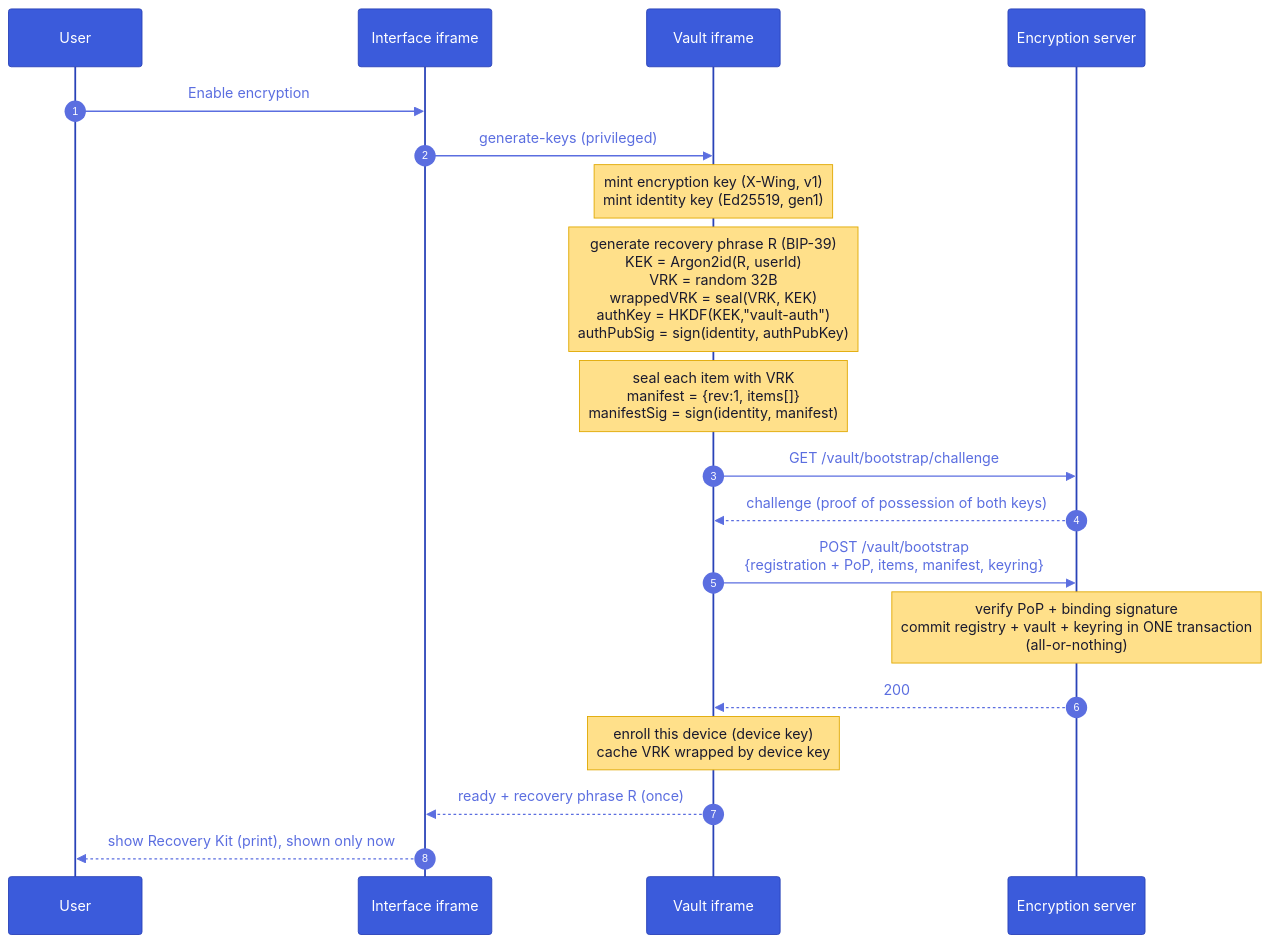
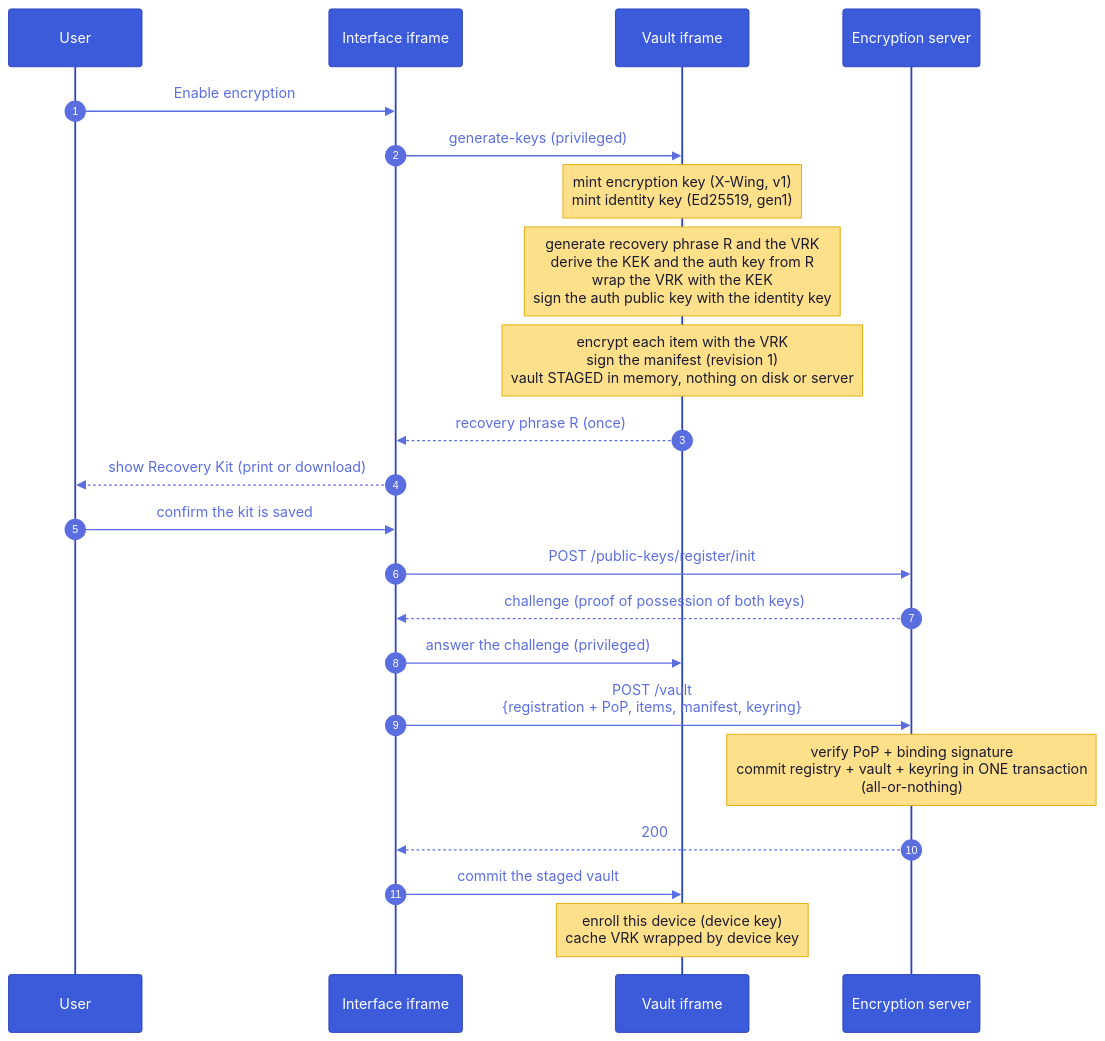
Before and after one commit to suitenumerique/encryption: the ninth of 22 diagrams in architecture.md, drawn with Mermaid. The commit also changed other lines of this file, not shown here.

````diff
--- a/architecture.md
+++ b/architecture.md
@@ -539,22 +884,25 @@
 ```mermaid
 %%{init: {'theme':'base','themeVariables':{'actorBkg':'#3b5bdb','actorTextColor':'#fff','actorBorder':'#2942b8','signalColor':'#5b6ee0','signalTextColor':'#5b6ee0','noteBkgColor':'#ffe08a','noteTextColor':'#1a1a2e','noteBorderColor':'#e0a800','sequenceNumberColor':'#fff'}}}%%
 sequenceDiagram
   autonumber
   participant U as User
   participant UI as Interface iframe
   participant V as Vault iframe
   participant API as Encryption server
   U->>UI: Enable encryption
   UI->>V: generate-keys (privileged)
   Note over V: mint encryption key (X-Wing, v1)<br/>mint identity key (Ed25519, gen1)
-  Note over V: generate recovery phrase R (BIP-39)<br/>KEK = Argon2id(R, userId)<br/>VRK = random 32B<br/>wrappedVRK = seal(VRK, KEK)<br/>authKey = HKDF(KEK,"vault-auth")<br/>authPubSig = sign(identity, authPubKey)
-  Note over V: seal each item with VRK<br/>manifest = {rev:1, items[]}<br/>manifestSig = sign(identity, manifest)
-  V->>API: GET /vault/bootstrap/challenge
-  API-->>V: challenge (proof of possession of both keys)
-  V->>API: POST /vault/bootstrap<br/>{registration + PoP, items, manifest, keyring}
+  Note over V: generate recovery phrase R and the VRK<br/>derive the KEK and the auth key from R<br/>wrap the VRK with the KEK<br/>sign the auth public key with the identity key
+  Note over V: encrypt each item with the VRK<br/>sign the manifest (revision 1)<br/>vault STAGED in memory, nothing on disk or server
+  V-->>UI: recovery phrase R (once)
+  UI-->>U: show Recovery Kit (print or download)
+  U->>UI: confirm the kit is saved
+  UI->>API: POST /public-keys/register/init
+  API-->>UI: challenge (proof of possession of both keys)
+  UI->>V: answer the challenge (privileged)
+  UI->>API: POST /vault<br/>{registration + PoP, items, manifest, keyring}
   Note over API: verify PoP + binding signature<br/>commit registry + vault + keyring in ONE transaction<br/>(all-or-nothing)
-  API-->>V: 200
+  API-->>UI: 200
+  UI->>V: commit the staged vault
   Note over V: enroll this device (device key)<br/>cache VRK wrapped by device key
-  V-->>UI: ready + recovery phrase R (once)
-  UI-->>U: show Recovery Kit (print), shown only now
 ```
````
